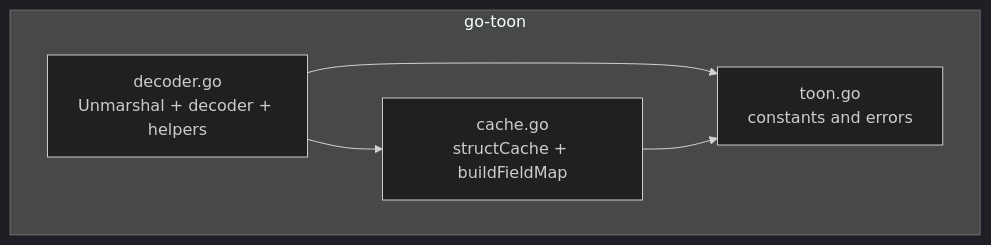
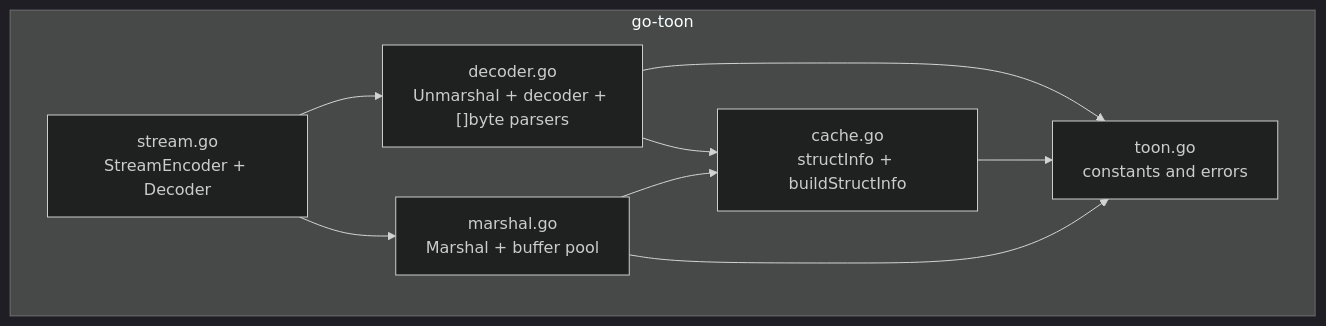
One commit to OTumanov/go-toon changed the first of 4 diagrams in .qoder/repowiki/en/content/Performance and Optimization.md. Above: the diagram before and after it, drawn with Mermaid (dark theme). The commit also changed other lines of this file and 6 other files, not shown here.

First line of the commit message:
feat: add Stream API (Encoder/Decoder)

````diff
--- a/.qoder/repowiki/en/content/Performance and Optimization.md
+++ b/.qoder/repowiki/en/content/Performance and Optimization.md
@@ -34,11 +52,17 @@
 ```mermaid
 graph TB
 subgraph "go-toon"
 T["toon.go<br/>constants and errors"]
-C["cache.go<br/>structCache + buildFieldMap"]
-D["decoder.go<br/>Unmarshal + decoder + helpers"]
+C["cache.go<br/>structInfo + buildStructInfo"]
+D["decoder.go<br/>Unmarshal + decoder + []byte parsers"]
+M["marshal.go<br/>Marshal + buffer pool"]
+S["stream.go<br/>StreamEncoder + Decoder"]
 end
 D --> C
 D --> T
 C --> T
+M --> C
+M --> T
+S --> D
+S --> M
 ```
````
